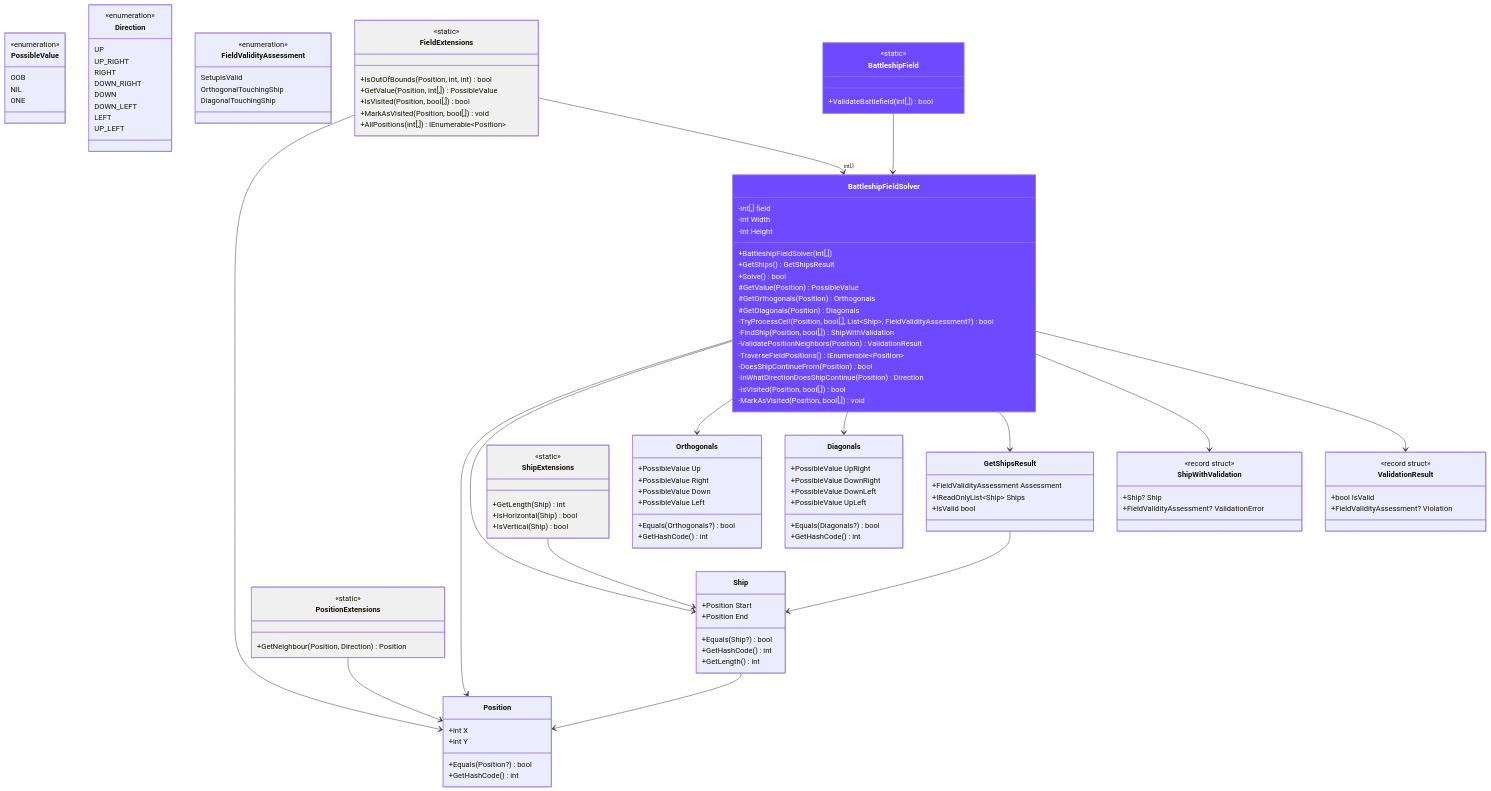
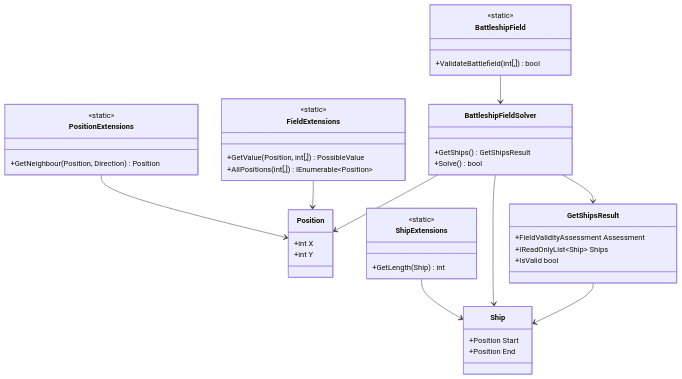
One commit to tomsch1kels/CodeWarsProject changed the diagram in Documentation/BattleshipField.md. Above: the diagram before and after it, drawn with Mermaid.

Commit message:
Simplified mermaid

````diff
--- a/Documentation/BattleshipField.md
+++ b/Documentation/BattleshipField.md
@@ -5,155 +5,53 @@
 ```mermaid
 classDiagram
-    %% ENUMS
-    class PossibleValue {
-        <<enumeration>>
-        OOB
-        NIL
-        ONE
-    }
-    
-    class Direction {
-        <<enumeration>>
-        UP
-        UP_RIGHT
-        RIGHT
-        DOWN_RIGHT
-        DOWN
-        DOWN_LEFT
-        LEFT
-        UP_LEFT
-    }
-    
-    class FieldValidityAssessment {
-        <<enumeration>>
-        SetupIsValid
-        OrthogonalTouchingShip
-        DiagonalTouchingShip
-    }
-    
-    %% VALUE TYPES / RECORDS
     class Position {
         +int X
         +int Y
-        +Equals(Position?) bool
-        +GetHashCode() int
     }
-    
+
     class Ship {
         +Position Start
         +Position End
-        +Equals(Ship?) bool
-        +GetHashCode() int
-        +GetLength() int
     }
-    
-    class Orthogonals {
-        +PossibleValue Up
-        +PossibleValue Right
-        +PossibleValue Down
-        +PossibleValue Left
-        +Equals(Orthogonals?) bool
-        +GetHashCode() int
-    }
-    
-    class Diagonals {
-        +PossibleValue UpRight
-        +PossibleValue DownRight
-        +PossibleValue DownLeft
-        +PossibleValue UpLeft
-        +Equals(Diagonals?) bool
-        +GetHashCode() int
-    }
-    
+
     class GetShipsResult {
         +FieldValidityAssessment Assessment
         +IReadOnlyList~Ship~ Ships
         +IsValid bool
     }
-    
-    %% EXTENSION CLASSES (Static)
+
     class PositionExtensions {
         <<static>>
         +GetNeighbour(Position, Direction) Position
     }
-    
+
     class ShipExtensions {
         <<static>>
         +GetLength(Ship) int
-        +IsHorizontal(Ship) bool
-        +IsVertical(Ship) bool
     }
-    
+
     class FieldExtensions {
         <<static>>
-        +IsOutOfBounds(Position, int, int) bool
         +GetValue(Position, int[,]) PossibleValue
-        +IsVisited(Position, bool[,]) bool
-        +MarkAsVisited(Position, bool[,]) void
         +AllPositions(int[,]) IEnumerable~Position~
     }
-    
+
     class BattleshipField {
         <<static>>
         +ValidateBattlefield(int[,]) bool
     }
-    
-    %% CORE LOGIC
+
     class BattleshipFieldSolver {
-        -int[,] field
-        -int Width
-        -int Height
-        +BattleshipFieldSolver(int[,])
         +GetShips() GetShipsResult
         +Solve() bool
-        #GetValue(Position) PossibleValue
-        #GetOrthogonals(Position) Orthogonals
-        #GetDiagonals(Position) Diagonals
-        -TryProcessCell(Position, bool[,], List~Ship~, FieldValidityAssessment?) bool
-        -FindShip(Position, bool[,]) ShipWithValidation
-        -ValidatePositionNeighbors(Position) ValidationResult
-        -TraverseFieldPositions() IEnumerable~Position~
-        -DoesShipContinueFrom(Position) bool
-        -InWhatDirectionDoesShipContinue(Position) Direction
-        -IsVisited(Position, bool[,]) bool
-        -MarkAsVisited(Position, bool[,]) void
     }
-    
-    %% HELPER STRUCTS
-    class ShipWithValidation {
-        <<record struct>>
-        +Ship? Ship
-        +FieldValidityAssessment? ValidationError
-    }
-    
-    class ValidationResult {
-        <<record struct>>
-        +bool IsValid
-        +FieldValidityAssessment? Violation
-    }
-    
-    %% RELATIONSHIPS
+
     PositionExtensions --> Position
     ShipExtensions --> Ship
     FieldExtensions --> Position
-    FieldExtensions --> "int[,]" BattleshipFieldSolver
-    
     BattleshipField --> BattleshipFieldSolver
     BattleshipFieldSolver --> Position
     BattleshipFieldSolver --> Ship
-    BattleshipFieldSolver --> Orthogonals
-    BattleshipFieldSolver --> Diagonals
     BattleshipFieldSolver --> GetShipsResult
-    BattleshipFieldSolver --> ShipWithValidation
-    BattleshipFieldSolver --> ValidationResult
-    
     GetShipsResult --> Ship
-    Ship --> Position
-    
-    %% STYLING
-    style BattleshipFieldSolver fill:#6d4aff,color:#fff
-    style BattleshipField fill:#6d4aff,color:#fff
-    style PositionExtensions fill:#f0f0f0
-    style ShipExtensions fill:#f0f0f0
-    style FieldExtensions fill:#f0f0f0
 ```
````
